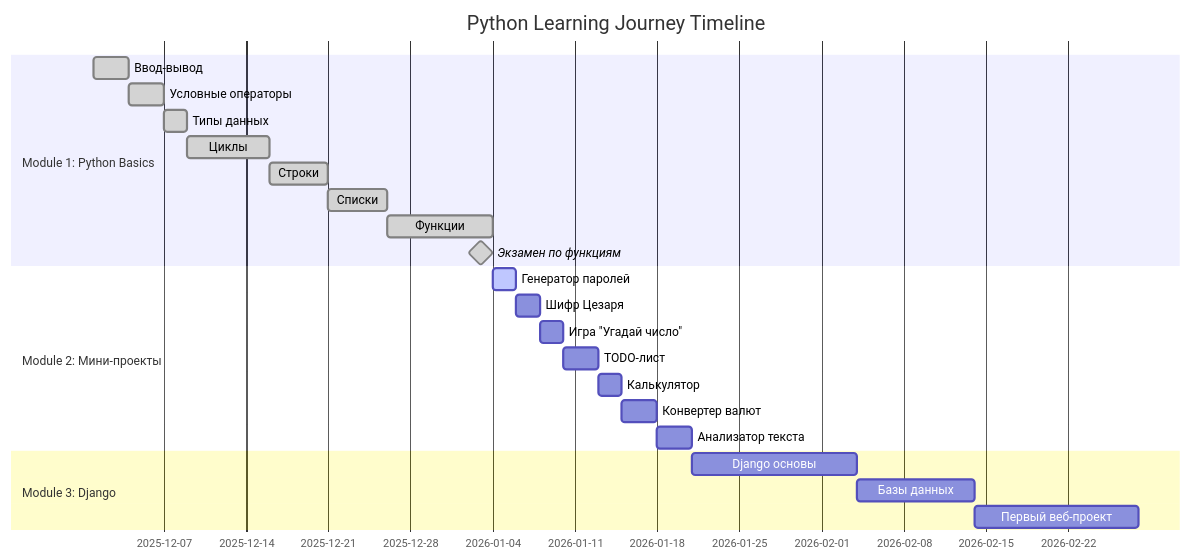
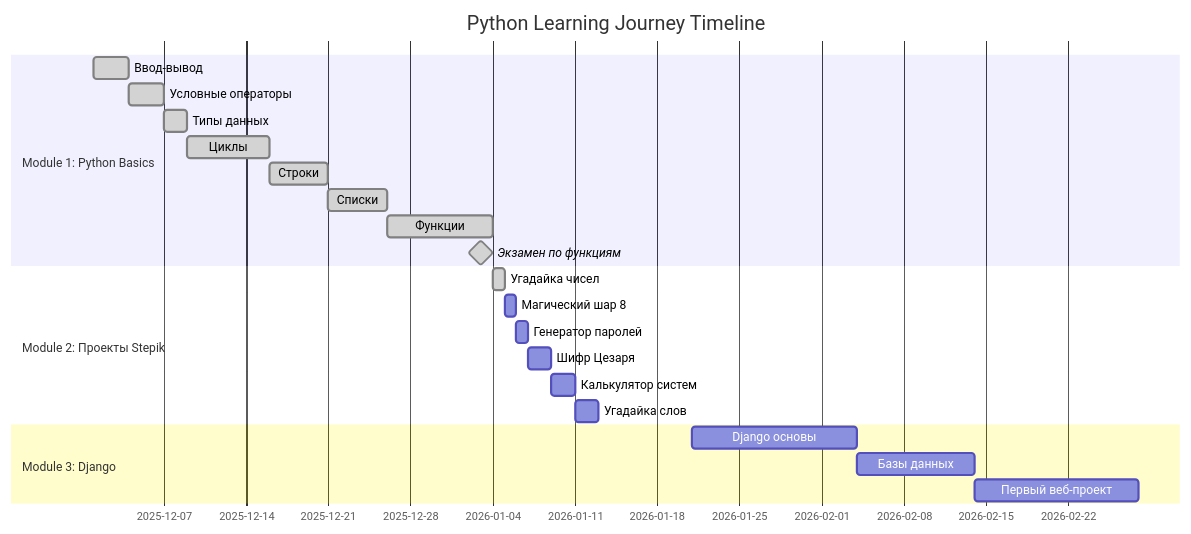
Before and after one commit to gen-comf/python_learning_journey: the diagram in README.md, drawn with Mermaid. The commit also changed other lines of this file, not shown here.

````diff
--- a/README.md
+++ b/README.md
@@ -172,28 +183,27 @@
 ```mermaid
 gantt
     title Python Learning Journey Timeline
     dateFormat  YYYY-MM-DD
     section Module 1: Python Basics
     Ввод-вывод           :done, 2025-12-01, 3d
     Условные операторы   :done, 2025-12-04, 3d
     Типы данных          :done, 2025-12-07, 2d
     Циклы                :done, 2025-12-09, 7d
     Строки               :done, 2025-12-16, 5d
     Списки               :done, 2025-12-21, 5d
     Функции              :done, 2025-12-26, 9d
     Экзамен по функциям  :done, milestone, 2026-01-03, 0d
     
-    section Module 2: Мини-проекты
-    Генератор паролей    :active, 2026-01-04, 2d
-    Шифр Цезаря          :2026-01-06, 2d
-    Игра "Угадай число"  :2026-01-08, 2d
-    TODO-лист            :2026-01-10, 3d
-    Калькулятор          :2026-01-13, 2d
-    Конвертер валют      :2026-01-15, 3d
-    Анализатор текста    :2026-01-18, 3d
+    section Module 2: Проекты Stepik
+    Угадайка чисел       :done, 2026-01-04, 1d
+    Магический шар 8     :2026-01-05, 1d
+    Генератор паролей    :2026-01-06, 1d
+    Шифр Цезаря          :2026-01-07, 2d
+    Калькулятор систем   :2026-01-09, 2d
+    Угадайка слов        :2026-01-11, 2d
     
     section Module 3: Django
     Django основы        :2026-01-21, 14d
     Базы данных          :2026-02-04, 10d
     Первый веб-проект    :2026-02-14, 14d
 ```
````
